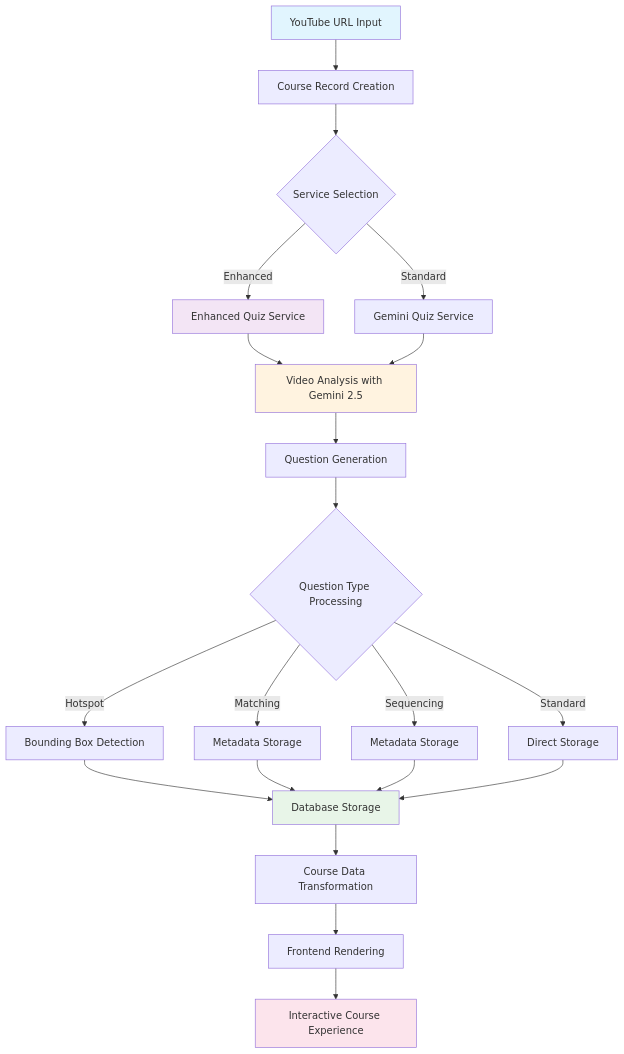
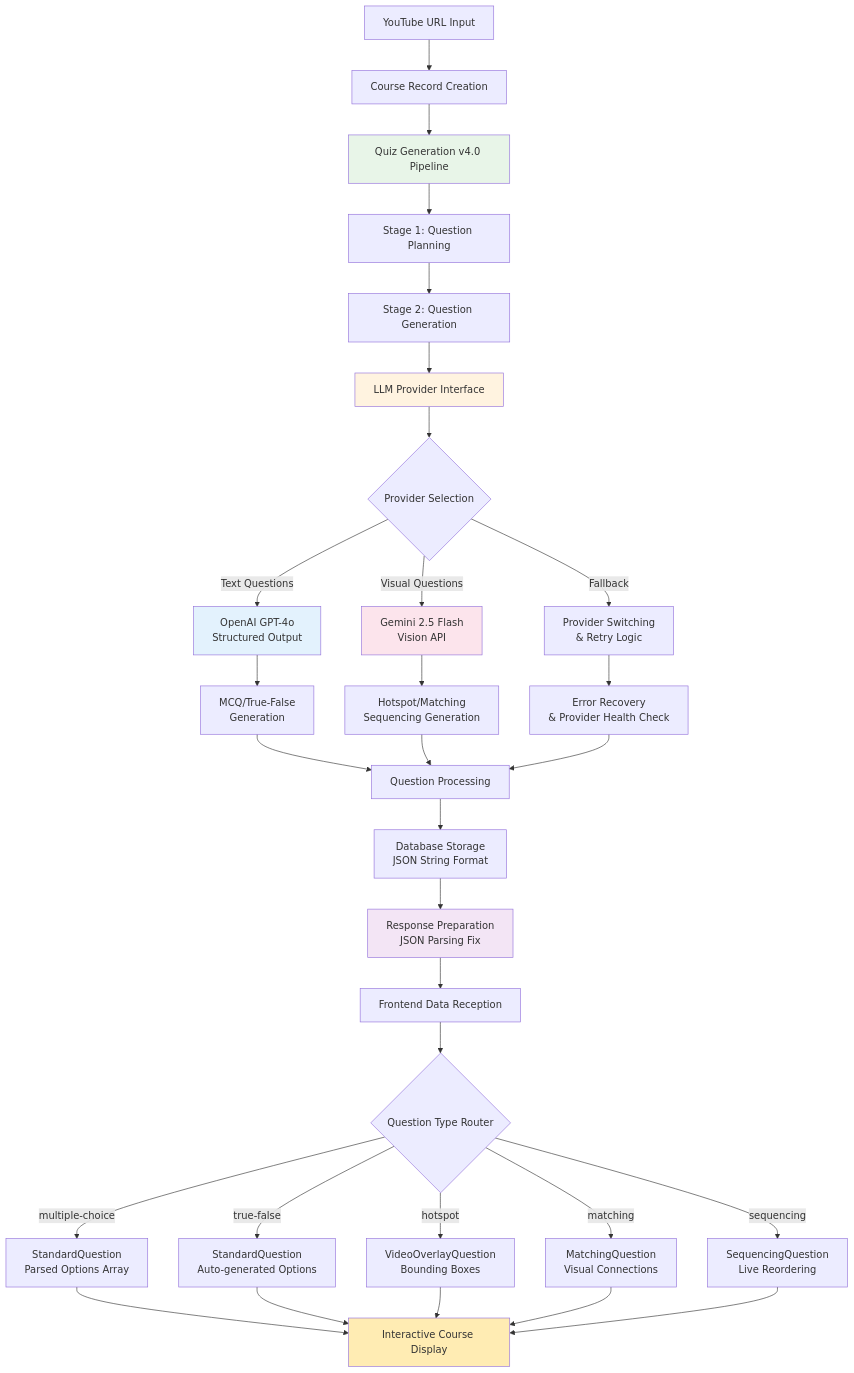
Before and after one commit to jfuginay/coursebuild: the first of 3 diagrams in COURSE_GENERATION_PIPELINE.md, drawn with Mermaid. The commit also changed other lines of this file and 36 other files, not shown here.

First line of the commit message:
Question generation improvements (#43)

````diff
--- a/COURSE_GENERATION_PIPELINE.md
+++ b/COURSE_GENERATION_PIPELINE.md
@@ -36,32 +40,47 @@
 ```mermaid
 graph TD
     A[YouTube URL Input] --> B[Course Record Creation]
-    B --> C{Service Selection}
-    C -->|Enhanced| D[Enhanced Quiz Service]
-    C -->|Standard| E[Gemini Quiz Service]
+    B --> C[Quiz Generation v4.0 Pipeline]
     
-    D --> F[Video Analysis with Gemini 2.5]
-    E --> F
-    F --> G[Question Generation]
-    G --> H{Question Type Processing}
+    C --> D[Stage 1: Question Planning]
+    D --> E[Stage 2: Question Generation]
+    E --> F[LLM Provider Interface]
     
-    H -->|Hotspot| I[Bounding Box Detection]
-    H -->|Matching| J[Metadata Storage]
-    H -->|Sequencing| K[Metadata Storage]
-    H -->|Standard| L[Direct Storage]
+    F --> G{Provider Selection}
+    G -->|Text Questions| H[OpenAI GPT-4o<br/>Structured Output]
+    G -->|Visual Questions| I[Gemini 2.5 Flash<br/>Vision API]
+    G -->|Fallback| J[Provider Switching<br/>& Retry Logic]
     
-    I --> M[Database Storage]
-    J --> M
-    K --> M
-    L --> M
+    H --> K[MCQ/True-False<br/>Generation]
+    I --> L[Hotspot/Matching<br/>Sequencing Generation]
+    J --> M[Error Recovery<br/>& Provider Health Check]
     
-    M --> N[Course Data Transformation]
-    N --> O[Frontend Rendering]
-    O --> P[Interactive Course Experience]
+    K --> N[Question Processing]
+    L --> N
+    M --> N
     
-    style A fill:#e1f5fe
-    style D fill:#f3e5f5
+    N --> O[Database Storage<br/>JSON String Format]
+    O --> P[Response Preparation<br/>JSON Parsing Fix]
+    
+    P --> Q[Frontend Data Reception]
+    Q --> R{Question Type Router}
+    
+    R -->|multiple-choice| S[StandardQuestion<br/>Parsed Options Array]
+    R -->|true-false| T[StandardQuestion<br/>Auto-generated Options]
+    R -->|hotspot| U[VideoOverlayQuestion<br/>Bounding Boxes]
+    R -->|matching| V[MatchingQuestion<br/>Visual Connections]
+    R -->|sequencing| W[SequencingQuestion<br/>Live Reordering]
+    
+    S --> X[Interactive Course Display]
+    T --> X
+    U --> X
+    V --> X
+    W --> X
+    
+    style C fill:#e8f5e8
     style F fill:#fff3e0
-    style M fill:#e8f5e8
-    style P fill:#fce4ec
+    style H fill:#e3f2fd
+    style I fill:#fce4ec
+    style P fill:#f3e5f5
+    style X fill:#ffecb3
 ```
````
